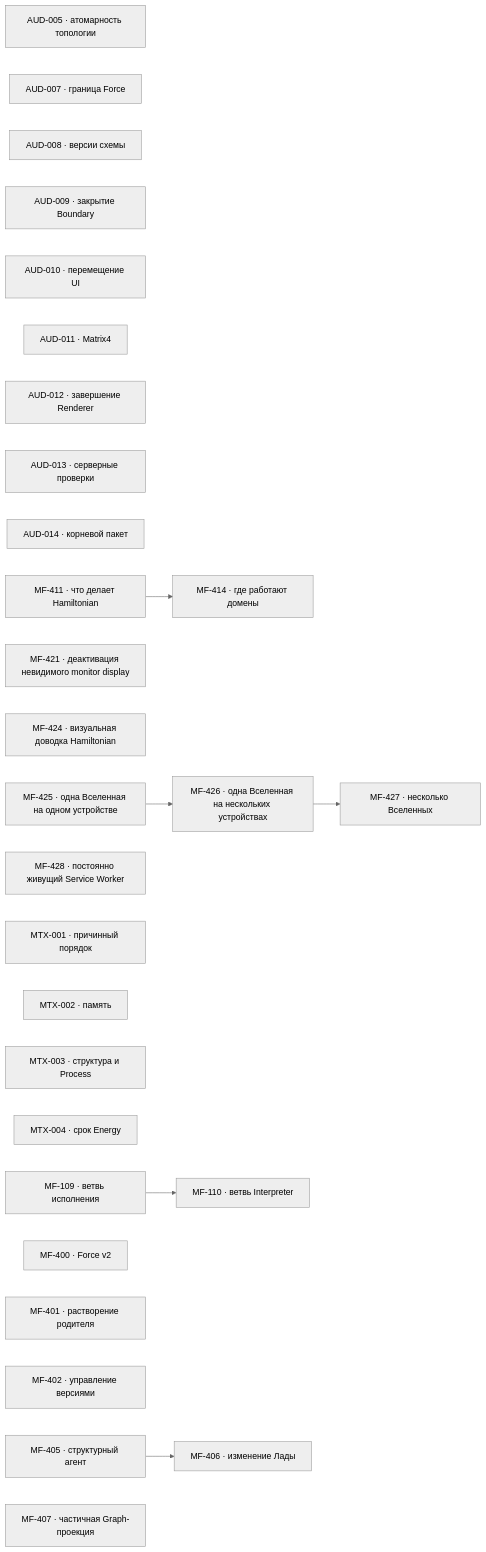
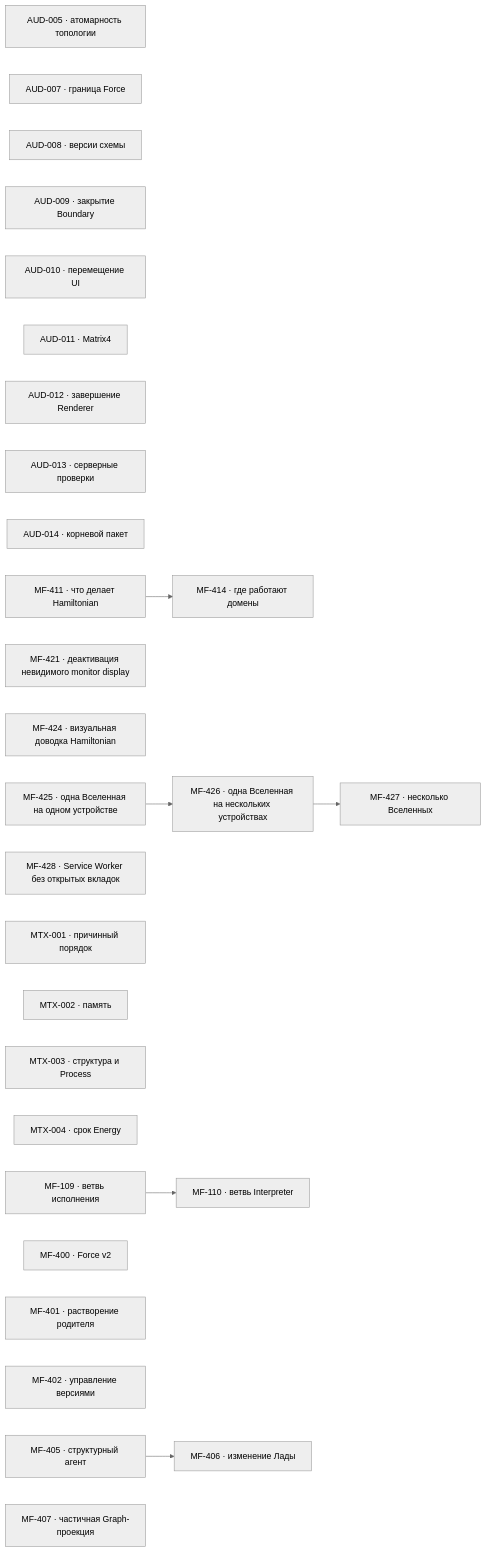
The diagram in project/TODO.md (zavx0z/metafor), drawn with Mermaid (neutral theme) before and after one commit. The commit also changed other lines of this file and 24 other files, not shown here.

Commit message:
MF-428: восстановить Service Worker через Web Push

````diff
--- a/project/TODO.md
+++ b/project/TODO.md
@@ -13,37 +13,37 @@
 ```mermaid
 flowchart LR
     AUD005["AUD-005 · атомарность топологии"]
     AUD007["AUD-007 · граница Force"]
     AUD008["AUD-008 · версии схемы"]
     AUD009["AUD-009 · закрытие Boundary"]
     AUD010["AUD-010 · перемещение UI"]
     AUD011["AUD-011 · Matrix4"]
     AUD012["AUD-012 · завершение Renderer"]
     AUD013["AUD-013 · серверные проверки"]
     AUD014["AUD-014 · корневой пакет"]
     MF411["MF-411 · что делает Hamiltonian"]
     MF414["MF-414 · где работают домены"]
     MF421["MF-421 · деактивация невидимого monitor display"]
     MF424["MF-424 · визуальная доводка Hamiltonian"]
     MF425["MF-425 · одна Вселенная на одном устройстве"]
     MF426["MF-426 · одна Вселенная на нескольких устройствах"]
     MF427["MF-427 · несколько Вселенных"]
-    MF428["MF-428 · постоянно живущий Service Worker"]
+    MF428["MF-428 · Service Worker без открытых вкладок"]
     MTX001["MTX-001 · причинный порядок"]
     MTX002["MTX-002 · память"]
     MTX003["MTX-003 · структура и Process"]
     MTX004["MTX-004 · срок Energy"]
     MF109["MF-109 · ветвь исполнения"]
     MF110["MF-110 · ветвь Interpreter"]
     MF400["MF-400 · Force v2"]
     MF401["MF-401 · растворение родителя"]
     MF402["MF-402 · управление версиями"]
     MF405["MF-405 · структурный агент"]
     MF406["MF-406 · изменение Лады"]
     MF407["MF-407 · частичная Graph-проекция"]
     MF109 --> MF110
     MF405 --> MF406
     MF411 --> MF414
     MF425 --> MF426
     MF426 --> MF427
 ```
````
